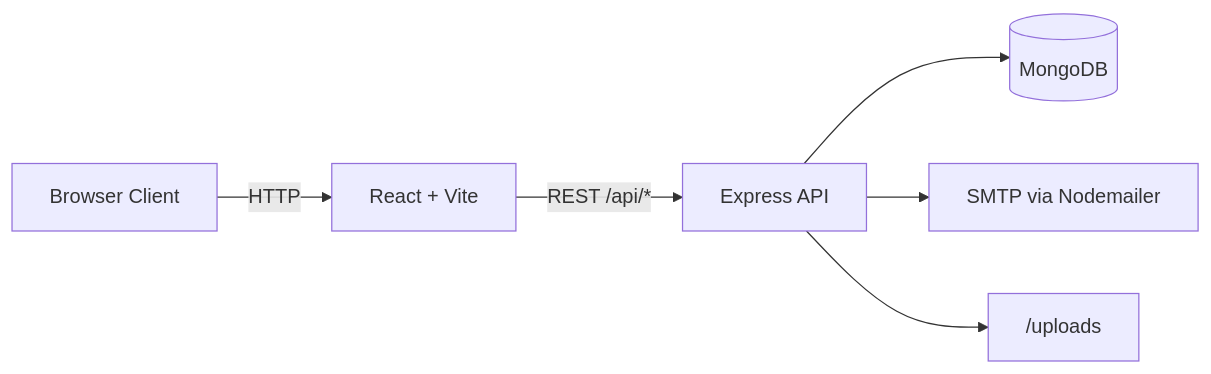
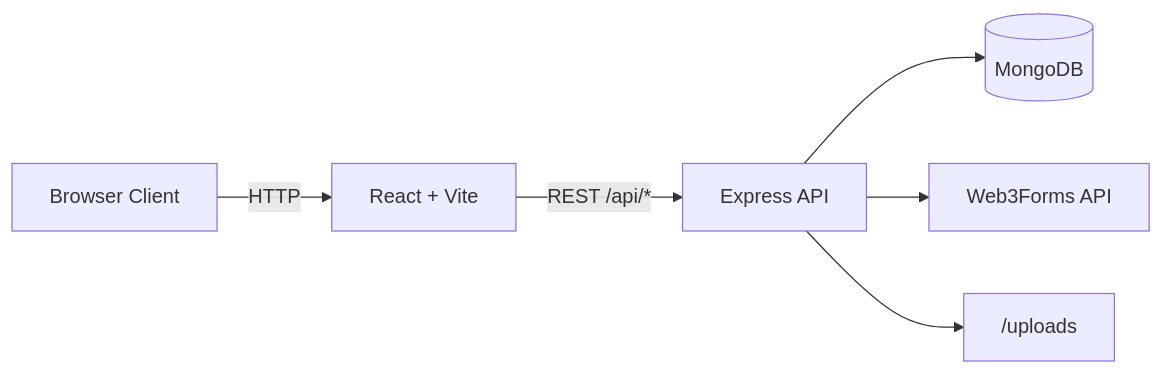
Before and after one commit to imsumit28/portfolio-website: the first of 4 diagrams in docs/architecture.md, drawn with Mermaid. The commit also changed other lines of this file and 9 other files, not shown here.

Commit message:
Harden auth/contact flows, move Web3Forms to backend, and align docs/tests

````diff
--- a/docs/architecture.md
+++ b/docs/architecture.md
@@ -7,8 +7,8 @@
 ```mermaid
 flowchart LR
   Browser[Browser Client] -->|HTTP| Frontend[React + Vite]
   Frontend -->|REST /api/*| API[Express API]
   API --> DB[(MongoDB)]
-  API --> Mail[SMTP via Nodemailer]
+  API --> Mail[Web3Forms API]
   API --> Files["/uploads"]
 ```
````
